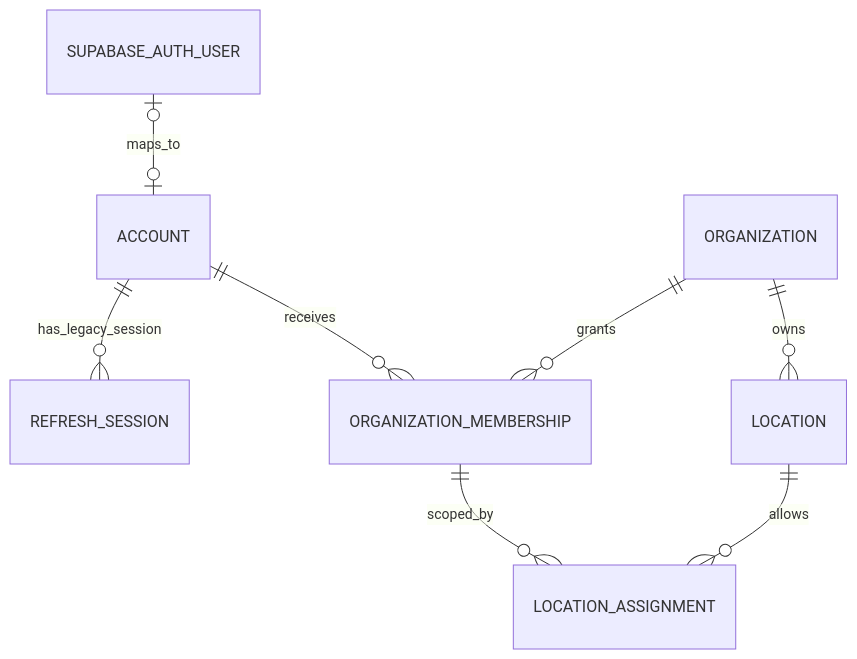
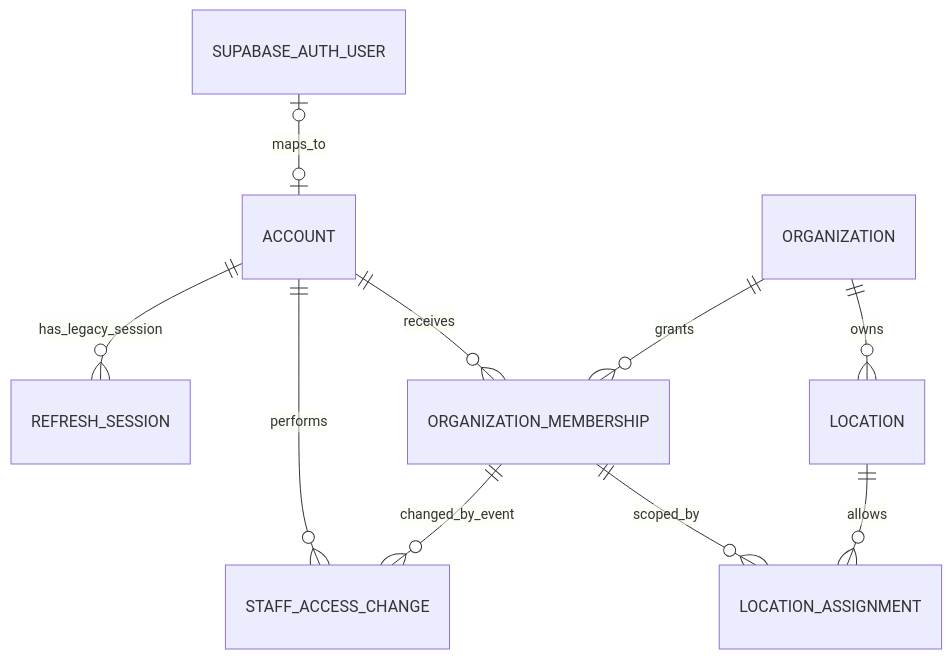
Before and after one commit to Cyrus-Krispin/bubble-tea-shop: the first of 3 diagrams in docs/database/erd.md, drawn with Mermaid. The commit also changed other lines of this file and 33 other files, not shown here.

````diff
--- a/docs/database/erd.md
+++ b/docs/database/erd.md
@@ -27,10 +29,12 @@
 ```mermaid
 erDiagram
     SUPABASE_AUTH_USER o|--o| ACCOUNT : maps_to
     ORGANIZATION ||--o{ LOCATION : owns
     ORGANIZATION ||--o{ ORGANIZATION_MEMBERSHIP : grants
     ACCOUNT ||--o{ ORGANIZATION_MEMBERSHIP : receives
     ORGANIZATION_MEMBERSHIP ||--o{ LOCATION_ASSIGNMENT : scoped_by
     LOCATION ||--o{ LOCATION_ASSIGNMENT : allows
+    ORGANIZATION_MEMBERSHIP ||--o{ STAFF_ACCESS_CHANGE : changed_by_event
+    ACCOUNT ||--o{ STAFF_ACCESS_CHANGE : performs
     ACCOUNT ||--o{ REFRESH_SESSION : has_legacy_session
 ```
````
